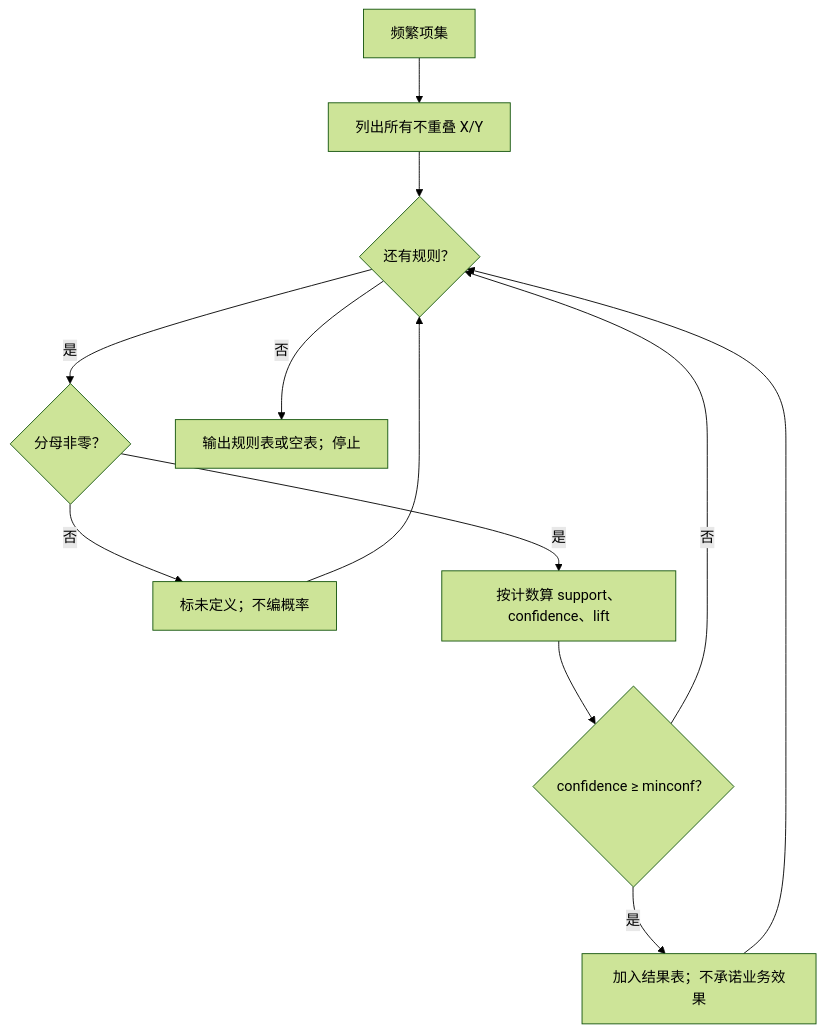
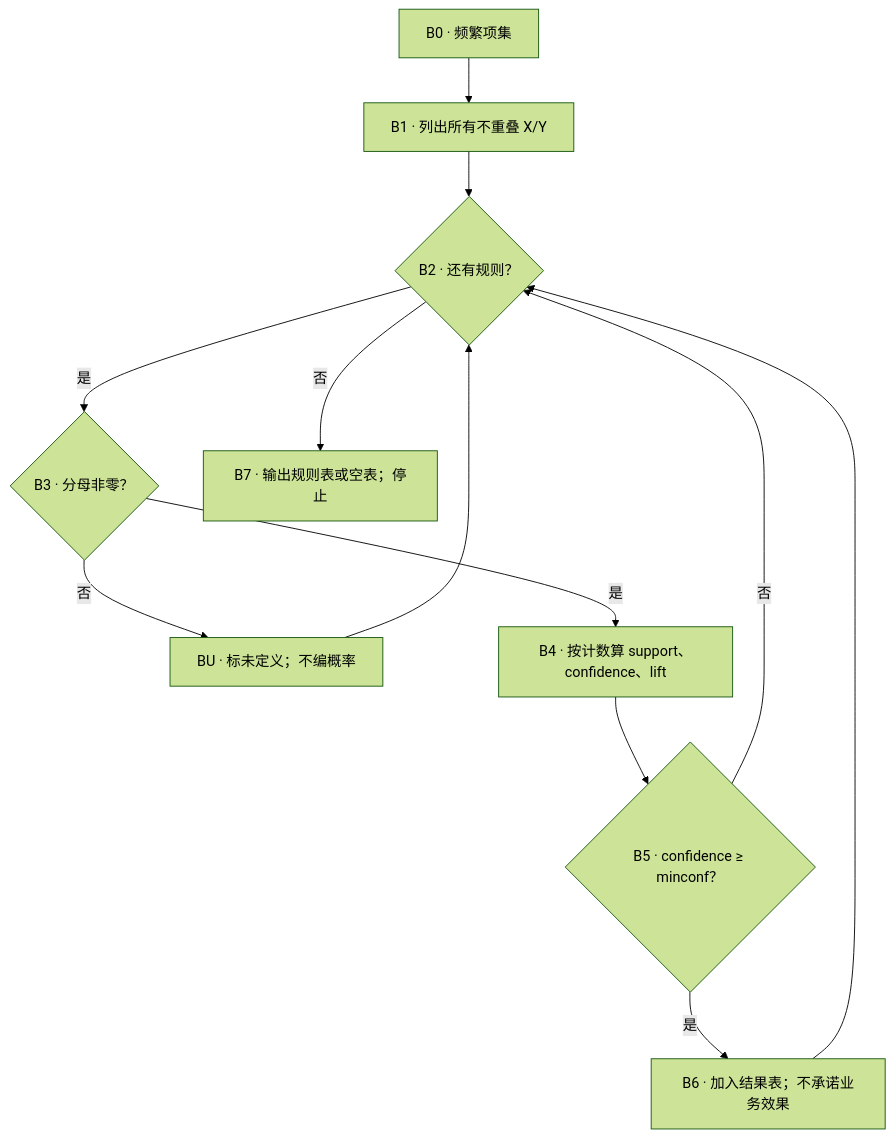
One commit to CercaTrovato/cityu-ai-course-notes changed the tenth of 20 diagrams in IS6400_Business_Data_Analytics/notes/M03-数据类型与描述性分析.md. Above: the diagram before and after it, drawn with Mermaid (forest theme). The commit also changed other lines of this file and 40 other files, not shown here.

First line of the commit message:
完成 IS6400 M03 全篇审修、原题图保真与适用同步

````diff
--- a/IS6400_Business_Data_Analytics/notes/M03-数据类型与描述性分析.md
+++ b/IS6400_Business_Data_Analytics/notes/M03-数据类型与描述性分析.md
@@ -2966,14 +3275,14 @@
 ```mermaid
 flowchart TD
-    B0["频繁项集"] --> B1["列出所有不重叠 X/Y"]
-    B1 --> B2{"还有规则？"}
-    B2 -->|是| B3{"分母非零？"}
-    B3 -->|否| BU["标未定义；不编概率"]
+    B0["B0 · 频繁项集"] --> B1["B1 · 列出所有不重叠 X/Y"]
+    B1 --> B2{"B2 · 还有规则？"}
+    B2 -->|是| B3{"B3 · 分母非零？"}
+    B3 -->|否| BU["BU · 标未定义；不编概率"]
     BU --> B2
-    B3 -->|是| B4["按计数算 support、confidence、lift"]
-    B4 --> B5{"confidence ≥ minconf？"}
-    B5 -->|是| B6["加入结果表；不承诺业务效果"]
+    B3 -->|是| B4["B4 · 按计数算 support、confidence、lift"]
+    B4 --> B5{"B5 · confidence ≥ minconf？"}
+    B5 -->|是| B6["B6 · 加入结果表；不承诺业务效果"]
     B5 -->|否| B2
     B6 --> B2
-    B2 -->|否| B7["输出规则表或空表；停止"]
+    B2 -->|否| B7["B7 · 输出规则表或空表；停止"]
 ```
````
